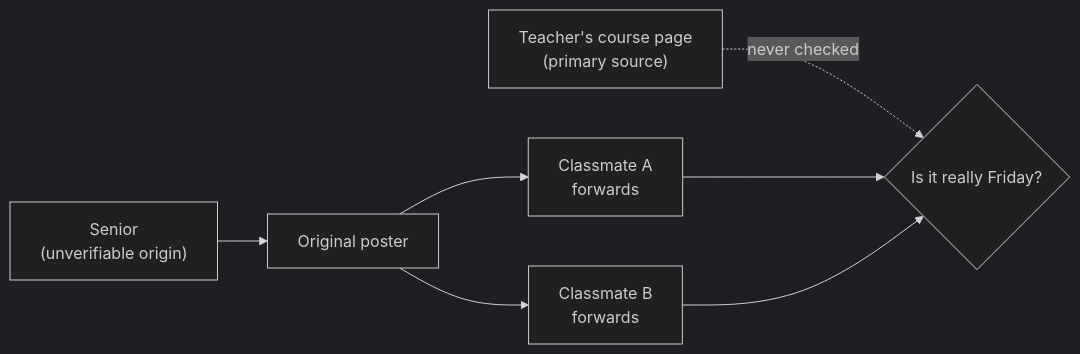
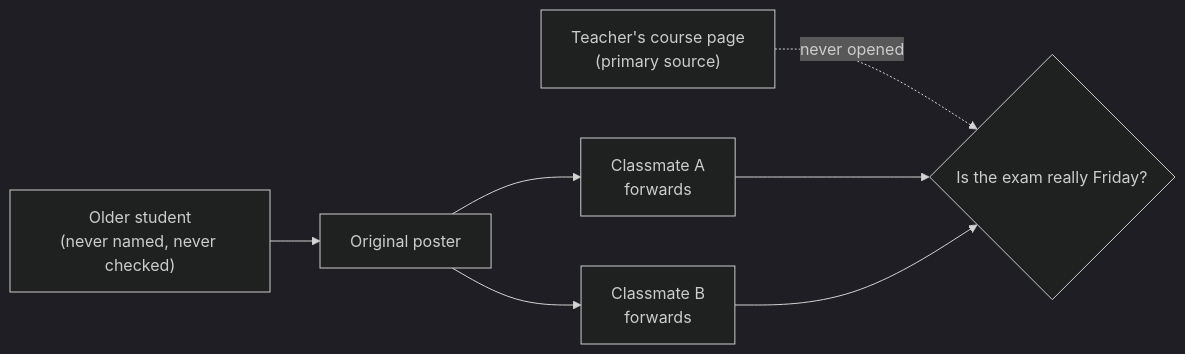
The diagram in src/content/learning-craft/source-evaluation/L1-summary.mdx (francoandreDev/knowledge), drawn with Mermaid (dark theme) before and after one commit. The commit also changed other lines of this file and 3 other files, not shown here.

````diff
--- a/src/content/learning-craft/source-evaluation/L1-summary.mdx
+++ b/src/content/learning-craft/source-evaluation/L1-summary.mdx
@@ -71,9 +69,9 @@
 ```mermaid
 flowchart LR
-    S["Senior\n(unverifiable origin)"] --> P["Original poster"]
+    S["Older student\n(never named, never checked)"] --> P["Original poster"]
     P --> C1["Classmate A\nforwards"]
     P --> C2["Classmate B\nforwards"]
-    T["Teacher's course page\n(primary source)"] -.->|"never checked"| Q{"Is it really Friday?"}
+    T["Teacher's course page\n(primary source)"] -.->|"never opened"| Q{"Is the exam really Friday?"}
     C1 --> Q
     C2 --> Q
 ```
````
